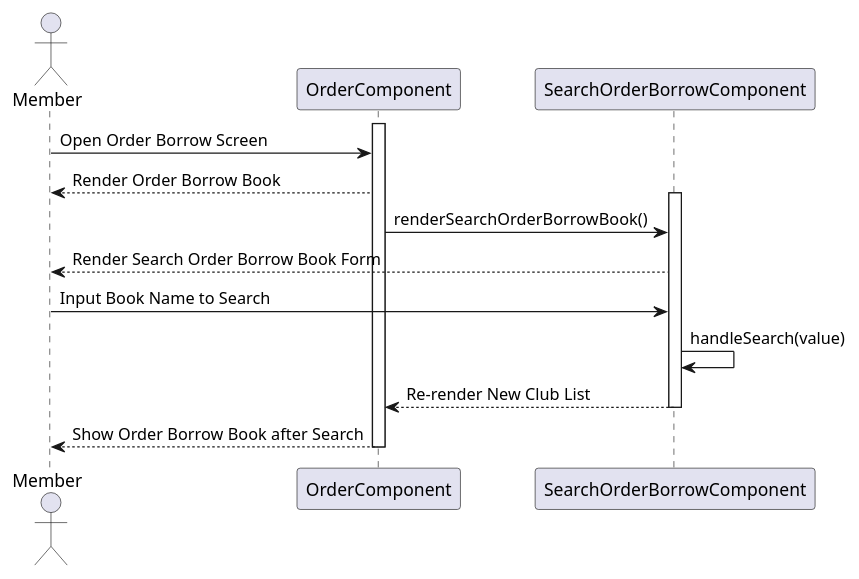
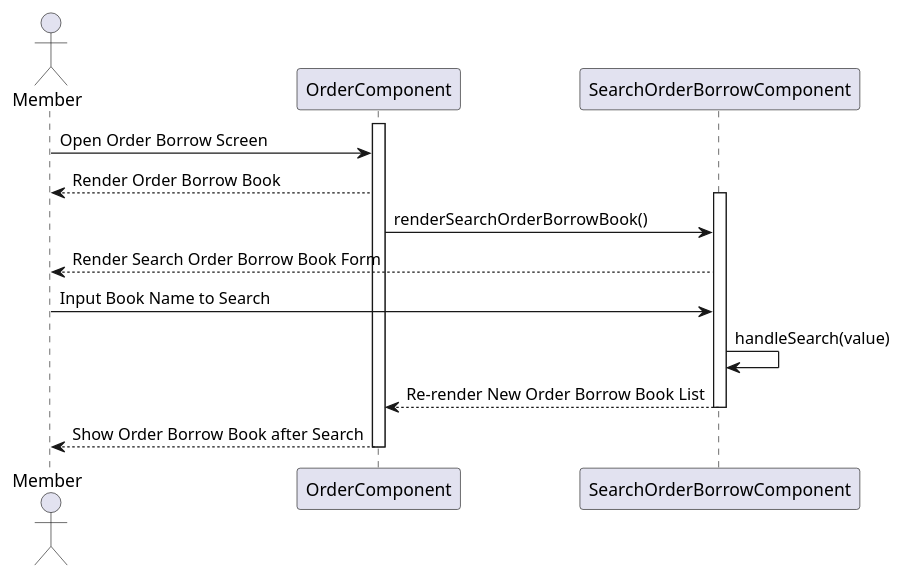
One commit to ljttl3q04t/Book-Over-There changed the diagram in uml/019-sequence-search-order-borrow-book.wsd. Above: the diagram before and after it, drawn with PlantUML.

Commit message:
update-019

```diff
--- a/uml/019-sequence-search-order-borrow-book.wsd
+++ b/uml/019-sequence-search-order-borrow-book.wsd
@@ -1,15 +1,15 @@
 @startuml
 actor Member
 activate OrderComponent
 Member -> OrderComponent: Open Order Borrow Screen
 OrderComponent --> Member: Render Order Borrow Book
 activate SearchOrderBorrowComponent
 OrderComponent -> SearchOrderBorrowComponent: renderSearchOrderBorrowBook()
 SearchOrderBorrowComponent --> Member: Render Search Order Borrow Book Form
 Member -> SearchOrderBorrowComponent: Input Book Name to Search
 SearchOrderBorrowComponent -> SearchOrderBorrowComponent: handleSearch(value)
-SearchOrderBorrowComponent --> OrderComponent: Re-render New Club List
+SearchOrderBorrowComponent --> OrderComponent: Re-render New Order Borrow Book List
 deactivate SearchOrderBorrowComponent
 OrderComponent --> Member: Show Order Borrow Book after Search 
 deactivate OrderComponent
 @enduml
```
